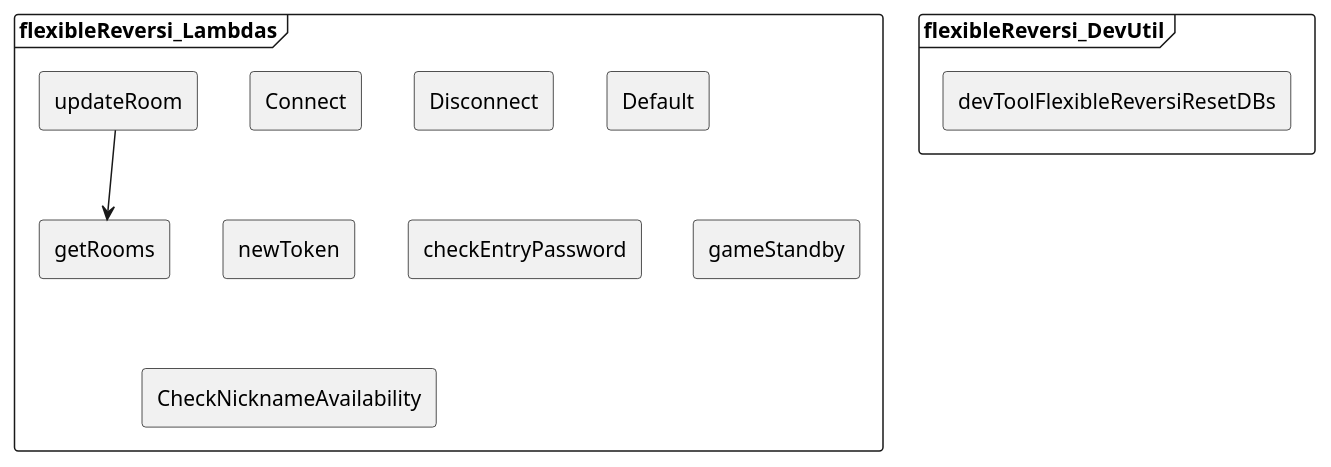
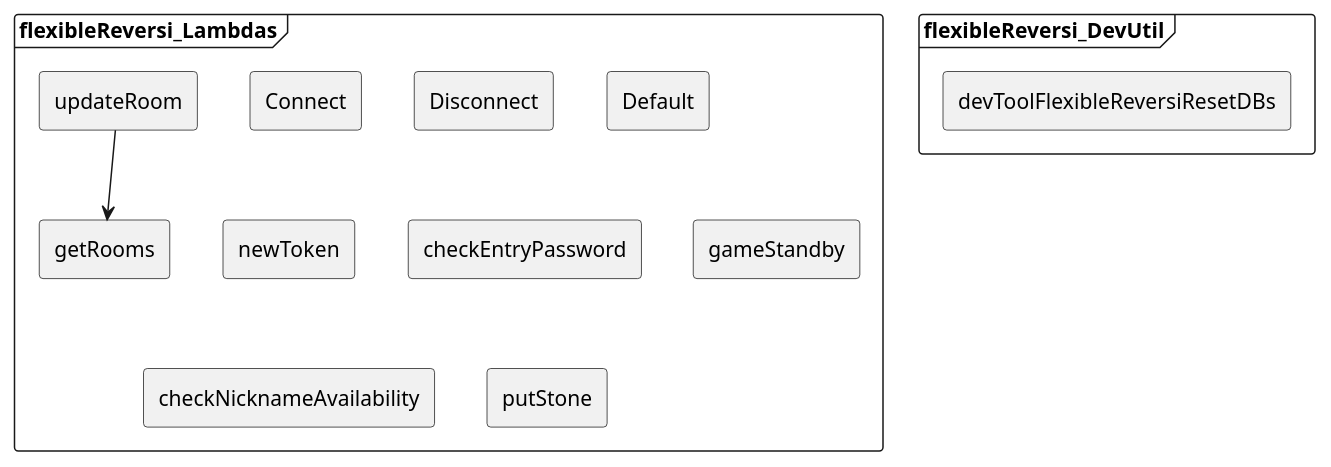
One commit to kusa-mochi/flexible-reversi changed the diagram in docs/lambda_relations.puml. Above: the diagram before and after it, drawn with PlantUML.

Commit message:
update Vue component relations diagram.

```diff
--- a/docs/lambda_relations.puml
+++ b/docs/lambda_relations.puml
@@ -1,21 +1,22 @@
 @startuml lambda_relations
 
 frame flexibleReversi_Lambdas {
     agent Connect
     agent Disconnect
     agent Default
     agent newToken
     agent getRooms
     agent updateRoom
     agent checkEntryPassword
     agent gameStandby
-    agent CheckNicknameAvailability
+    agent checkNicknameAvailability
+    agent putStone
 
     updateRoom --> getRooms
 }
 
 frame flexibleReversi_DevUtil {
     agent devToolFlexibleReversiResetDBs
 }
 
 @enduml
```
